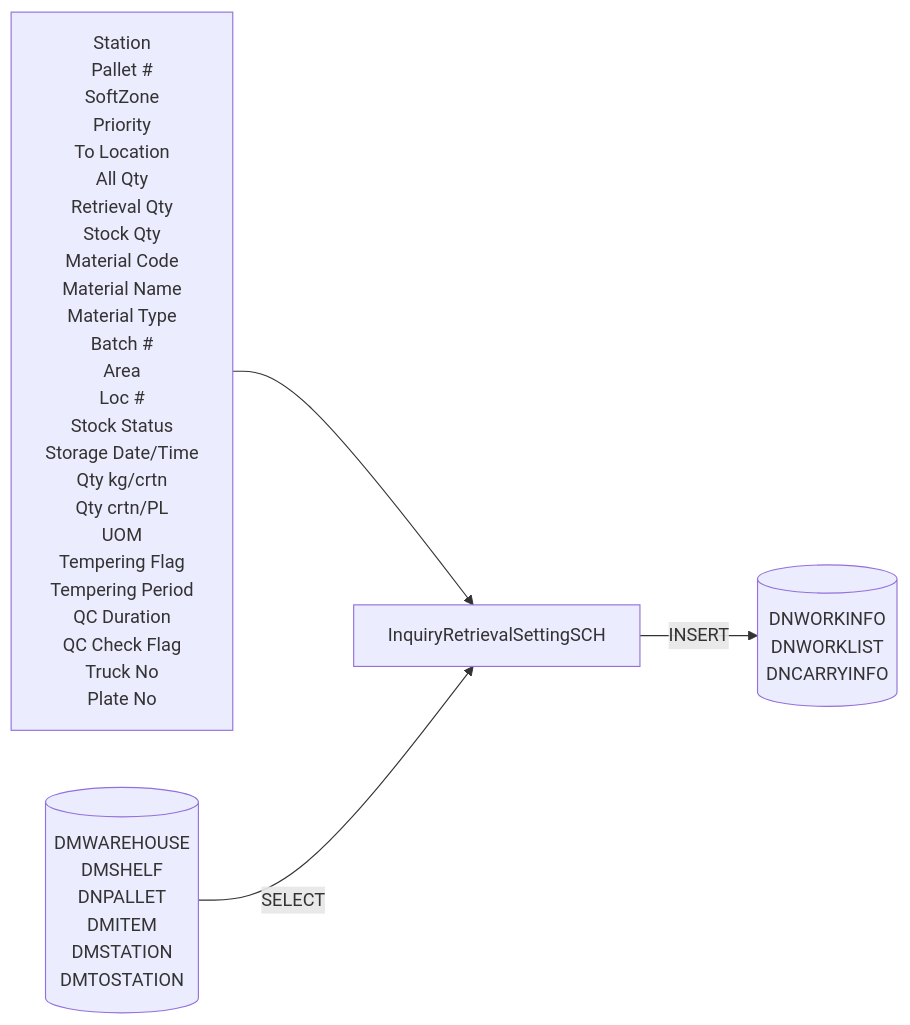
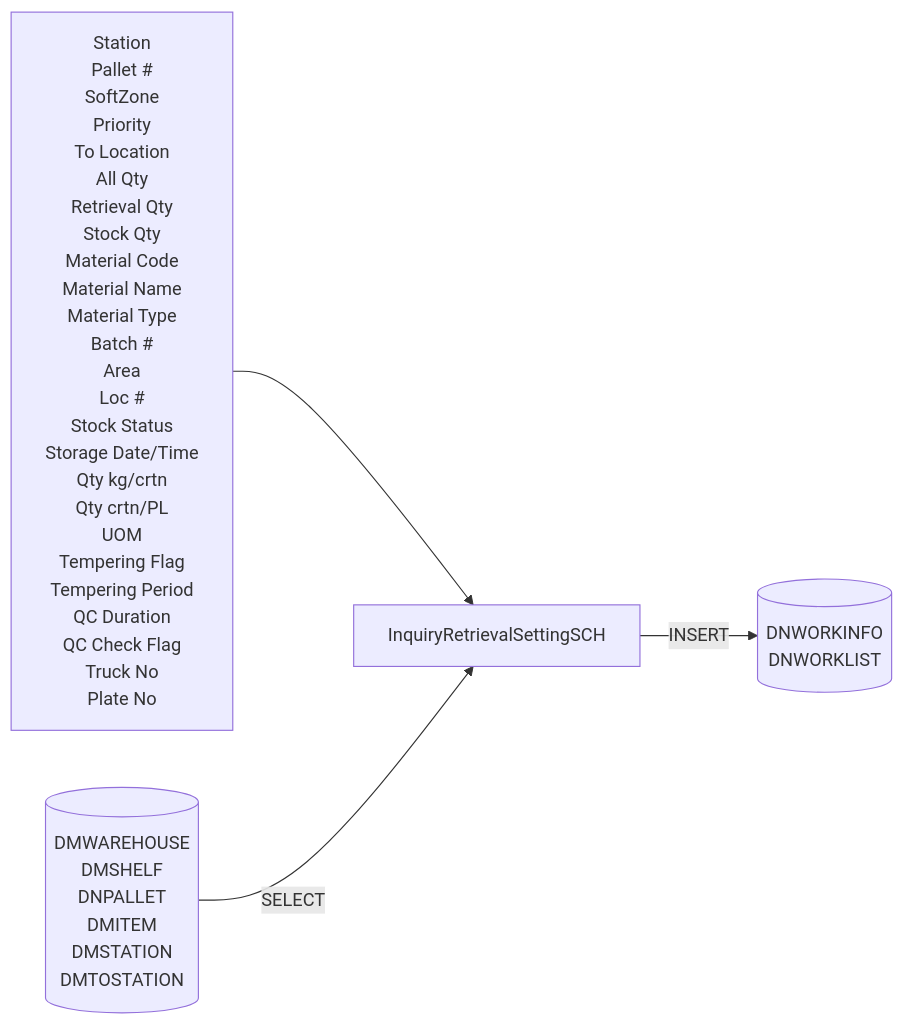
The second of 9 diagrams in Basic-Design/DFD-WMS/Retrieval/Unplanned-Retrieval-from-OP-Area-(PKG).md (luthfiadityaa/SimeDarby-Wiki), drawn with Mermaid before and after one commit. The commit also changed other lines of this file, not shown here.

```diff
--- a/Basic-Design/DFD-WMS/Retrieval/Unplanned-Retrieval-from-OP-Area-(PKG).md
+++ b/Basic-Design/DFD-WMS/Retrieval/Unplanned-Retrieval-from-OP-Area-(PKG).md
@@ -64,51 +64,50 @@
 ::: mermaid
 flowchart LR
 input[
 Station
 Pallet #
 SoftZone
 Priority
 To Location
 All Qty
 Retrieval Qty
 Stock Qty
 Material Code
 Material Name
 Material Type
 Batch #
 Area
 Loc #
 Stock Status
 Storage Date/Time
 Qty kg/crtn
 Qty crtn/PL
 UOM
 Tempering Flag
 Tempering Period
 QC Duration
 QC Check Flag
 Truck No
 Plate No
 ]
 
 tableList-insert[("
 DNWORKINFO
 DNWORKLIST
-DNCARRYINFO
 ")]
 
 tableList-select[("
 DMWAREHOUSE
 DMSHELF
 DNPALLET
 DMITEM
 DMSTATION
 DMTOSTATION
 ")]
 
 
 className[InquiryRetrievalSettingSCH]
 
 input --> className --> |INSERT| tableList-insert
 tableList-select --> |SELECT| className
 :::
```
